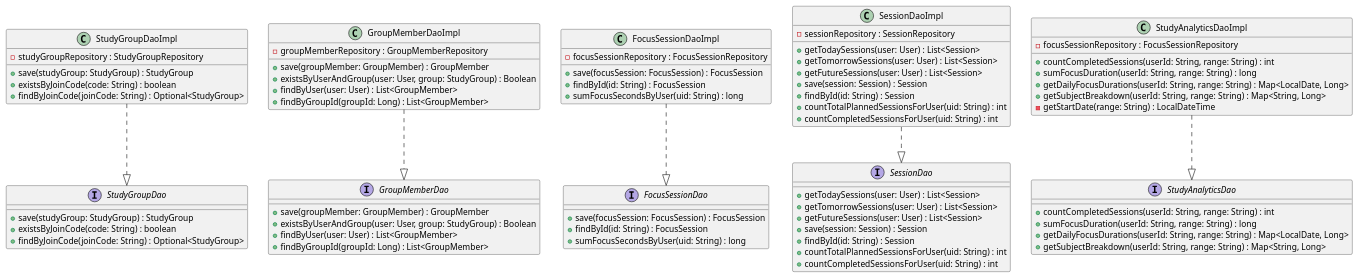
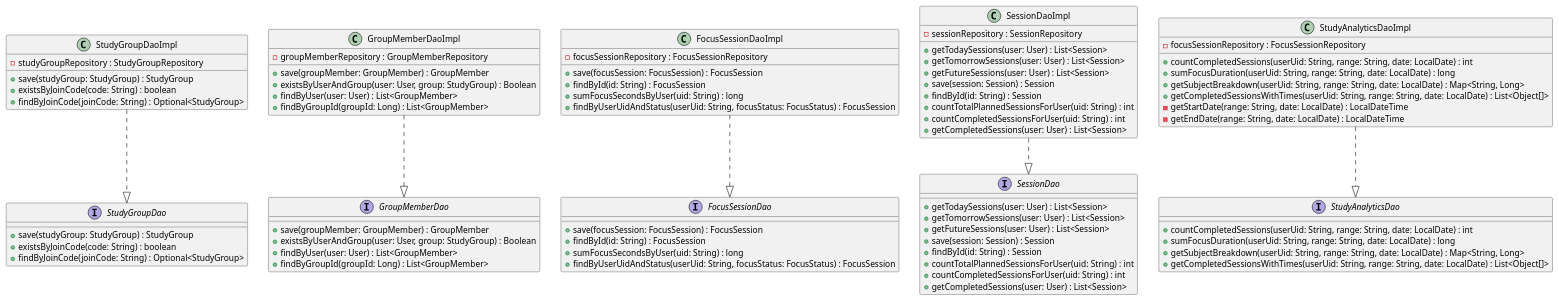
The diagram in p2/dao.puml (keerati5003/PlanMate-Diagram), drawn with PlantUML before and after one commit. The commit also changed 7 other files, not shown here.

Commit message:
update diagram

```diff
--- a/p2/dao.puml
+++ b/p2/dao.puml
@@ -1,92 +1,97 @@
 @startuml
 
 interface StudyGroupDao {
     + save(studyGroup: StudyGroup) : StudyGroup
     + existsByJoinCode(code: String) : boolean
     + findByJoinCode(joinCode: String) : Optional<StudyGroup>
 }
 
 interface GroupMemberDao {
     + save(groupMember: GroupMember) : GroupMember
     + existsByUserAndGroup(user: User, group: StudyGroup) : Boolean
     + findByUser(user: User) : List<GroupMember>
     + findByGroupId(groupId: Long) : List<GroupMember>
 }
 
 interface FocusSessionDao {
     + save(focusSession: FocusSession) : FocusSession
     + findById(id: String) : FocusSession
     + sumFocusSecondsByUser(uid: String) : long
+    + findByUserUidAndStatus(userUid: String, focusStatus: FocusStatus) : FocusSession
 }
 
 interface SessionDao {
     + getTodaySessions(user: User) : List<Session>
     + getTomorrowSessions(user: User) : List<Session>
     + getFutureSessions(user: User) : List<Session>
     + save(session: Session) : Session
     + findById(id: String) : Session
     + countTotalPlannedSessionsForUser(uid: String) : int
     + countCompletedSessionsForUser(uid: String) : int
+    + getCompletedSessions(user: User) : List<Session>
 }
 
 interface StudyAnalyticsDao {
-    + countCompletedSessions(userId: String, range: String) : int
-    + sumFocusDuration(userId: String, range: String) : long
-    + getDailyFocusDurations(userId: String, range: String) : Map<LocalDate, Long>
-    + getSubjectBreakdown(userId: String, range: String) : Map<String, Long>
+    + countCompletedSessions(userUid: String, range: String, date: LocalDate) : int
+    + sumFocusDuration(userUid: String, range: String, date: LocalDate) : long
+    + getSubjectBreakdown(userUid: String, range: String, date: LocalDate) : Map<String, Long>
+    + getCompletedSessionsWithTimes(userUid: String, range: String, date: LocalDate) : List<Object[]>
 }
 
 class StudyGroupDaoImpl {
     - studyGroupRepository : StudyGroupRepository
 
     + save(studyGroup: StudyGroup) : StudyGroup
     + existsByJoinCode(code: String) : boolean
     + findByJoinCode(joinCode: String) : Optional<StudyGroup>
 }
 
 class GroupMemberDaoImpl {
     - groupMemberRepository : GroupMemberRepository
 
     + save(groupMember: GroupMember) : GroupMember
     + existsByUserAndGroup(user: User, group: StudyGroup) : Boolean
     + findByUser(user: User) : List<GroupMember>
     + findByGroupId(groupId: Long) : List<GroupMember>
 }
 
 class FocusSessionDaoImpl {
     - focusSessionRepository : FocusSessionRepository
 
     + save(focusSession: FocusSession) : FocusSession
     + findById(id: String) : FocusSession
     + sumFocusSecondsByUser(uid: String) : long
+    + findByUserUidAndStatus(userUid: String, focusStatus: FocusStatus) : FocusSession
 }
 
 class SessionDaoImpl {
     - sessionRepository : SessionRepository
 
     + getTodaySessions(user: User) : List<Session>
     + getTomorrowSessions(user: User) : List<Session>
     + getFutureSessions(user: User) : List<Session>
     + save(session: Session) : Session
     + findById(id: String) : Session
     + countTotalPlannedSessionsForUser(uid: String) : int
     + countCompletedSessionsForUser(uid: String) : int
+    + getCompletedSessions(user: User) : List<Session>
 }
 
 class StudyAnalyticsDaoImpl {
     - focusSessionRepository : FocusSessionRepository
 
-    + countCompletedSessions(userId: String, range: String) : int
-    + sumFocusDuration(userId: String, range: String) : long
-    + getDailyFocusDurations(userId: String, range: String) : Map<LocalDate, Long>
-    + getSubjectBreakdown(userId: String, range: String) : Map<String, Long>
-    - getStartDate(range: String) : LocalDateTime
+    + countCompletedSessions(userUid: String, range: String, date: LocalDate) : int
+    + sumFocusDuration(userUid: String, range: String, date: LocalDate) : long
+    + getSubjectBreakdown(userUid: String, range: String, date: LocalDate) : Map<String, Long>
+    + getCompletedSessionsWithTimes(userUid: String, range: String, date: LocalDate) : List<Object[]>
+    - getStartDate(range: String, date: LocalDate) : LocalDateTime
+    - getEndDate(range: String, date: LocalDate) : LocalDateTime
 }
 
 StudyGroupDaoImpl ..|> StudyGroupDao
 GroupMemberDaoImpl ..|> GroupMemberDao
 FocusSessionDaoImpl ..|> FocusSessionDao
 SessionDaoImpl ..|> SessionDao
 StudyAnalyticsDaoImpl ..|> StudyAnalyticsDao
 
 @enduml
```
